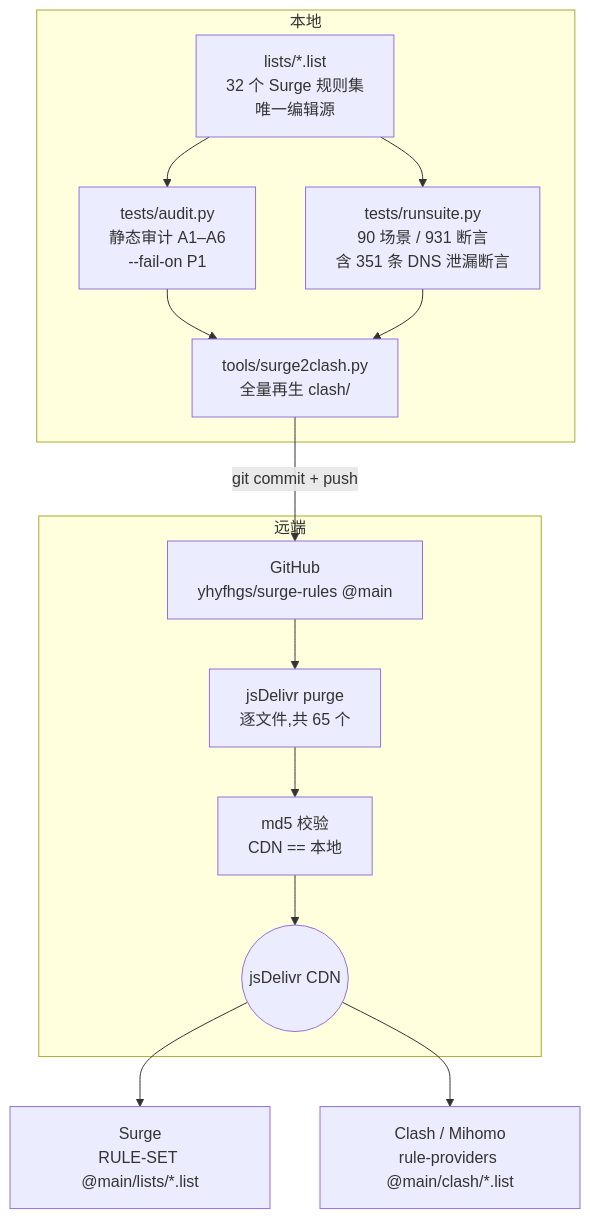
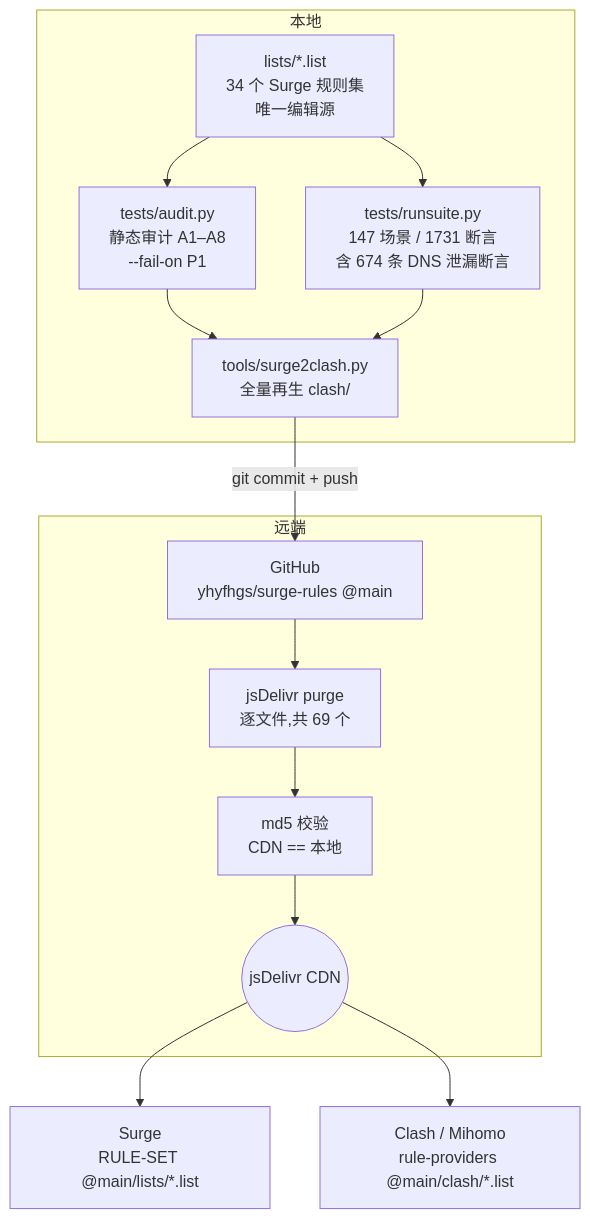
Before and after one commit to yhyfhgs/surge-rules: the first of 3 diagrams in docs/ARCHITECTURE.md, drawn with Mermaid. The commit also changed other lines of this file and 61 other files, not shown here.

Commit message:
审计整改两轮：发布链三态化+A8 forbidden 门禁(126 模式)；关键词 104→8(上游对撞恢复精确资产约 400 条)；DownloadCDN 多租户宽后缀/SaaS 组件止血；ChinaIP 等价折叠 22417→11090；共享云段与归属修正(Cursor→AI 等)；runsuite schema 严格化+surge2clash 事务式；147 场景/1731 断言全绿——详见 CHANGELOG 2026-08-31

````diff
--- a/docs/ARCHITECTURE.md
+++ b/docs/ARCHITECTURE.md
@@ -12,23 +12,23 @@
 ```mermaid
 flowchart TD
     subgraph L["本地"]
-        A["lists/*.list<br/>32 个 Surge 规则集<br/>唯一编辑源"]
-        G1["tests/audit.py<br/>静态审计 A1–A6<br/>--fail-on P1"]
-        G2["tests/runsuite.py<br/>90 场景 / 931 断言<br/>含 351 条 DNS 泄漏断言"]
+        A["lists/*.list<br/>34 个 Surge 规则集<br/>唯一编辑源"]
+        G1["tests/audit.py<br/>静态审计 A1–A8<br/>--fail-on P1"]
+        G2["tests/runsuite.py<br/>147 场景 / 1731 断言<br/>含 674 条 DNS 泄漏断言"]
         T["tools/surge2clash.py<br/>全量再生 clash/"]
         A --> G1
         A --> G2
         G1 --> T
         G2 --> T
     end
     subgraph R["远端"]
         D["GitHub<br/>yhyfhgs/surge-rules @main"]
-        P["jsDelivr purge<br/>逐文件,共 65 个"]
+        P["jsDelivr purge<br/>逐文件,共 69 个"]
         M["md5 校验<br/>CDN == 本地"]
         C(("jsDelivr CDN"))
         D --> P --> M --> C
     end
     T -->|git commit + push| D
     C --> S["Surge<br/>RULE-SET @main/lists/*.list"]
     C --> K["Clash / Mihomo<br/>rule-providers @main/clash/*.list"]
 ```
````
